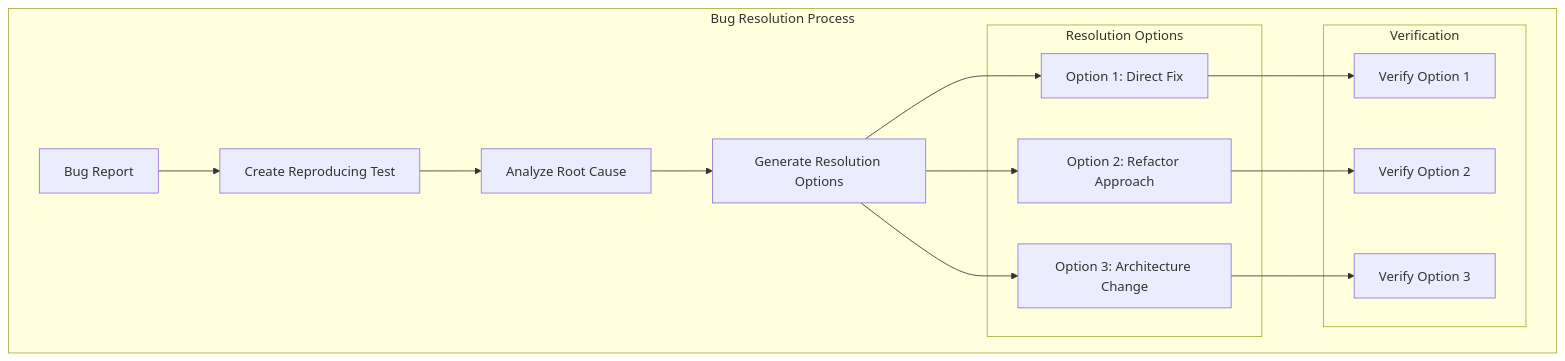
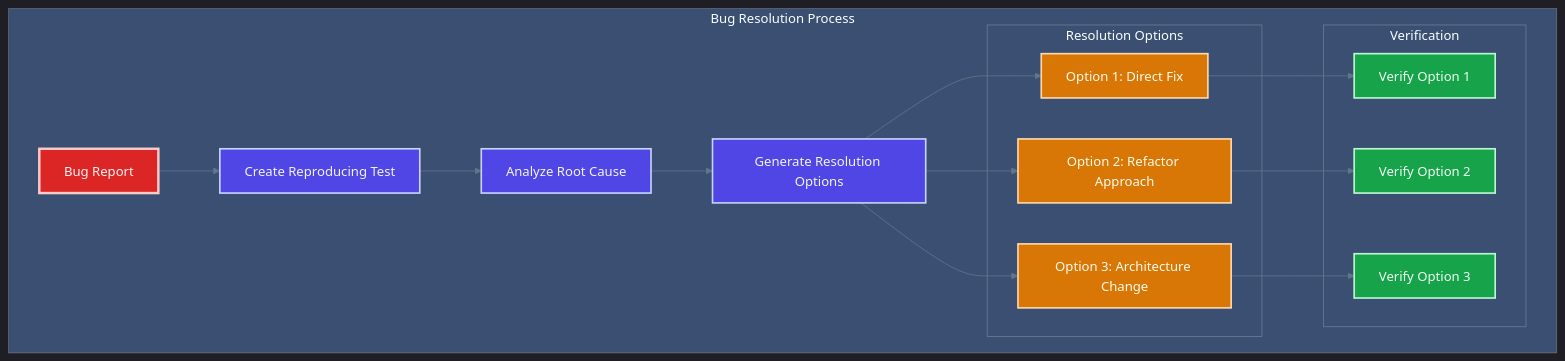
One commit to TheCowboyAI/cim-start changed the second of 2 diagrams in .claude/agents/tdd-expert.md. Above: the diagram before and after it, drawn with Mermaid. The commit also changed other lines of this file and 33 other files, not shown here.

````diff
--- a/.claude/agents/tdd-expert.md
+++ b/.claude/agents/tdd-expert.md
@@ -619,31 +659,42 @@
 ```mermaid
+%%{init: {"theme":"dark","themeVariables":{"primaryColor":"#4f46e5","primaryTextColor":"#f8fafc","primaryBorderColor":"#6366f1","lineColor":"#64748b","secondaryColor":"#1e293b","tertiaryColor":"#0f172a","background":"#0f172a","mainBkg":"#1e293b","secondBkg":"#334155","tertiaryBkg":"#475569"}}}%%
 graph TB
     subgraph "Bug Resolution Process"
         BUG[Bug Report]
         REPRODUCE[Create Reproducing Test]
         ANALYZE[Analyze Root Cause]
         OPTIONS[Generate Resolution Options]
         
         subgraph "Resolution Options"
             OPT1[Option 1: Direct Fix]
             OPT2[Option 2: Refactor Approach]
             OPT3[Option 3: Architecture Change]
         end
         
         subgraph "Verification"
             VERIFY1[Verify Option 1]
             VERIFY2[Verify Option 2]
             VERIFY3[Verify Option 3]
         end
         
         BUG --> REPRODUCE
         REPRODUCE --> ANALYZE
         ANALYZE --> OPTIONS
         OPTIONS --> OPT1
         OPTIONS --> OPT2
         OPTIONS --> OPT3
         OPT1 --> VERIFY1
         OPT2 --> VERIFY2
         OPT3 --> VERIFY3
     end
+    
+    classDef bugNode fill:#dc2626,stroke:#fecaca,stroke-width:3px,color:#fef2f2
+    classDef processNode fill:#4f46e5,stroke:#c7d2fe,stroke-width:2px,color:#f1f5f9
+    classDef optionNode fill:#d97706,stroke:#fed7aa,stroke-width:2px,color:#fffbeb
+    classDef verifyNode fill:#16a34a,stroke:#bbf7d0,stroke-width:2px,color:#f0fdf4
+    
+    class BUG bugNode
+    class REPRODUCE,ANALYZE,OPTIONS processNode
+    class OPT1,OPT2,OPT3 optionNode
+    class VERIFY1,VERIFY2,VERIFY3 verifyNode
 ```
````
